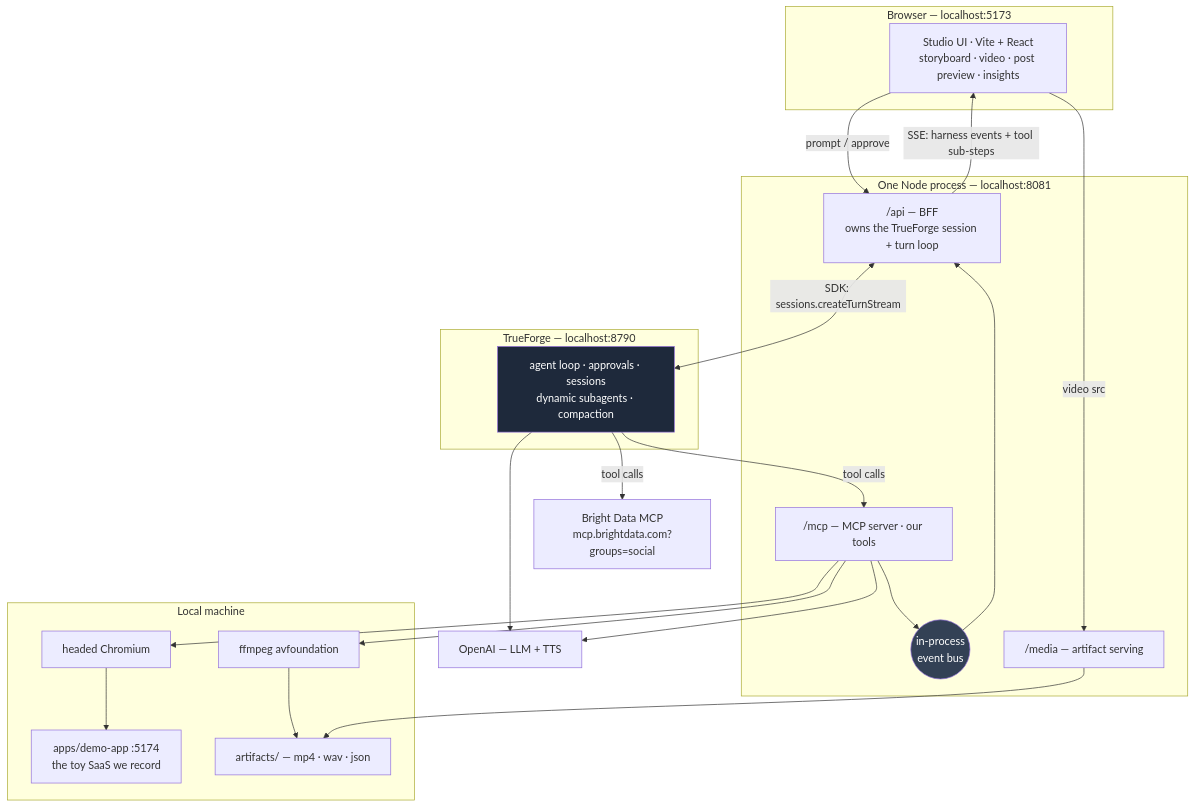
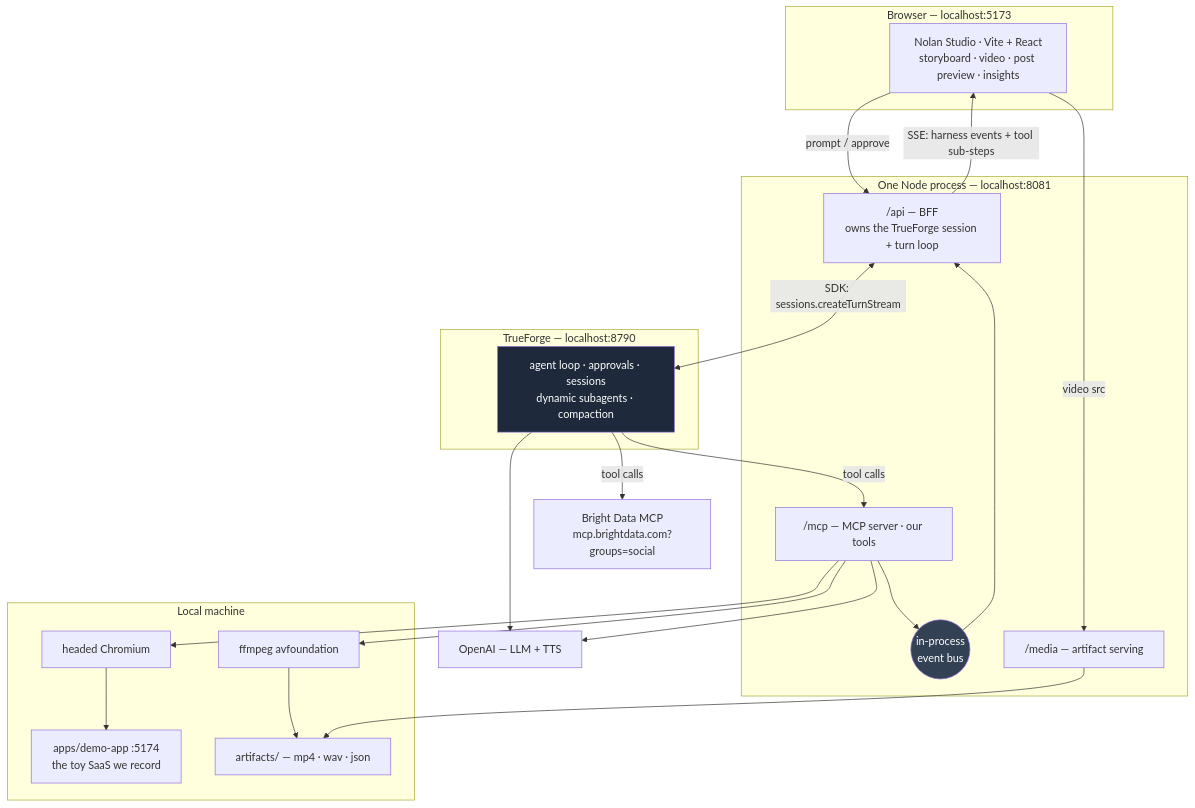
Before and after one commit to harshitajain165/agent-harness-hackathon: the first of 2 diagrams in PROJECT_PLAN.md, drawn with Mermaid. The commit also changed other lines of this file and 1 other file, not shown here.

First line of the commit message:
docs: name the agent Nolan, add a plain-English plan

````diff
--- a/PROJECT_PLAN.md
+++ b/PROJECT_PLAN.md
@@ -105,42 +111,42 @@
 ```mermaid
 flowchart TB
   subgraph Browser["Browser — localhost:5173"]
-    UI["Studio UI · Vite + React<br/>storyboard · video · post preview · insights"]
+    UI["Nolan Studio · Vite + React<br/>storyboard · video · post preview · insights"]
   end
 
   subgraph Node["One Node process — localhost:8081"]
     BFF["/api — BFF<br/>owns the TrueForge session + turn loop"]
     BUS(("in-process<br/>event bus"))
     MCPSRV["/mcp — MCP server · our tools"]
     MEDIA["/media — artifact serving"]
   end
 
   subgraph TF["TrueForge — localhost:8790"]
     LOOP["agent loop · approvals · sessions<br/>dynamic subagents · compaction"]
   end
 
   subgraph Local["Local machine"]
     DEMO["apps/demo-app :5174<br/>the toy SaaS we record"]
     CHROME["headed Chromium"]
     FF["ffmpeg avfoundation"]
     ART["artifacts/ — mp4 · wav · json"]
   end
 
   BD["Bright Data MCP<br/>mcp.brightdata.com?groups=social"]
   OAI["OpenAI — LLM + TTS"]
 
   UI -- "prompt / approve" --> BFF
   BFF -- "SSE: harness events + tool sub-steps" --> UI
   BFF <-- "SDK: sessions.createTurnStream" --> LOOP
   LOOP -- "tool calls" --> MCPSRV
   LOOP -- "tool calls" --> BD
   LOOP --> OAI
   MCPSRV --> BUS --> BFF
   MCPSRV --> CHROME --> DEMO
   MCPSRV --> FF --> ART
   MCPSRV --> OAI
   UI -- "video src" --> MEDIA --> ART
 
   style LOOP fill:#1e293b,color:#fff
   style BUS fill:#334155,color:#fff
 ```
````
